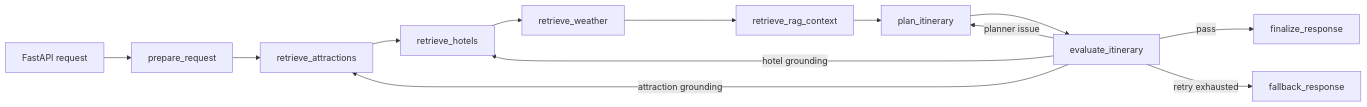
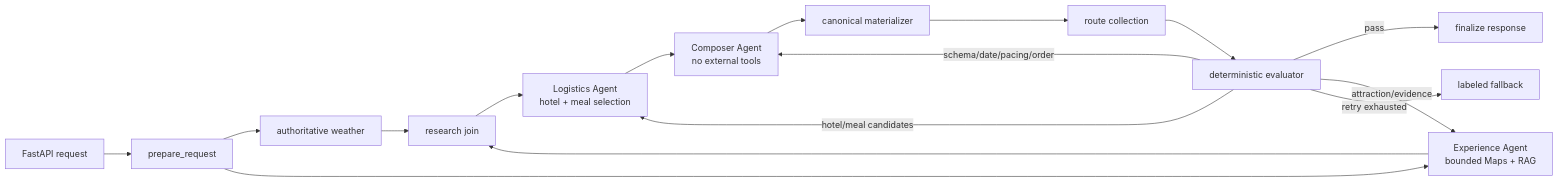
Before and after one commit to xiy62/intelligent-trip-planner: the diagram in README.md, drawn with Mermaid. The commit also changed other lines of this file and 1 other file, not shown here.

Commit message:
Refresh public multi-agent evidence

````diff
--- a/README.md
+++ b/README.md
@@ -15,15 +15,18 @@
 ```mermaid
 flowchart LR
     A[FastAPI request] --> B[prepare_request]
-    B --> C[retrieve_attractions]
-    C --> D[retrieve_hotels]
-    D --> E[retrieve_weather]
-    E --> F[retrieve_rag_context]
-    F --> G[plan_itinerary]
-    G --> H[evaluate_itinerary]
-    H -->|pass| I[finalize_response]
-    H -->|planner issue| G
-    H -->|attraction grounding| C
-    H -->|hotel grounding| D
-    H -->|retry exhausted| J[fallback_response]
+    B --> C[authoritative weather]
+    B --> D[Experience Agent<br/>bounded Maps + RAG]
+    C --> E[research join]
+    D --> E
+    E --> F[Logistics Agent<br/>hotel + meal selection]
+    F --> G[Composer Agent<br/>no external tools]
+    G --> H[canonical materializer]
+    H --> I[route collection]
+    I --> J[deterministic evaluator]
+    J -->|pass| K[finalize response]
+    J -->|attraction/evidence| D
+    J -->|hotel/meal candidates| F
+    J -->|schema/date/pacing/order| G
+    J -->|retry exhausted| L[labeled fallback]
 ```
````
